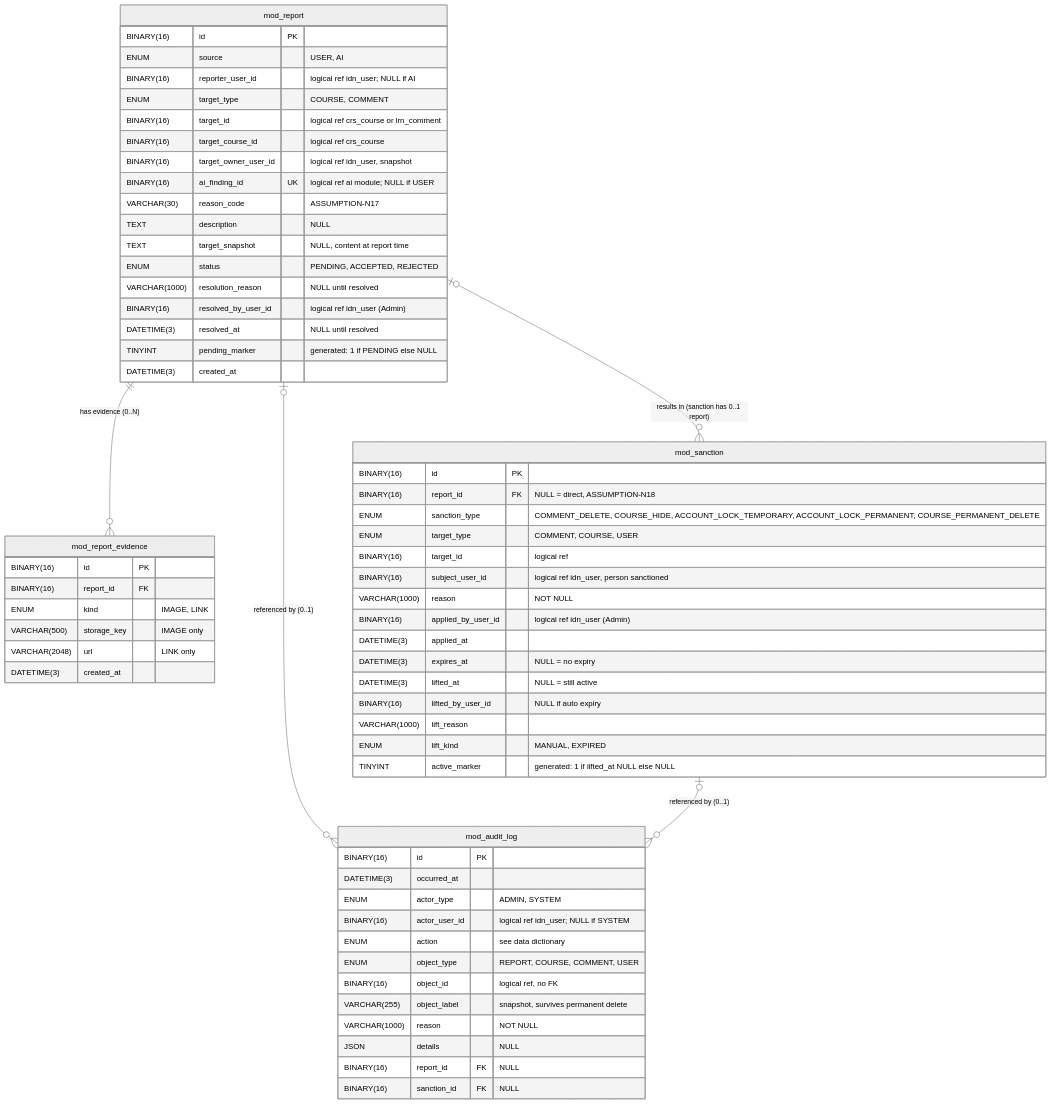
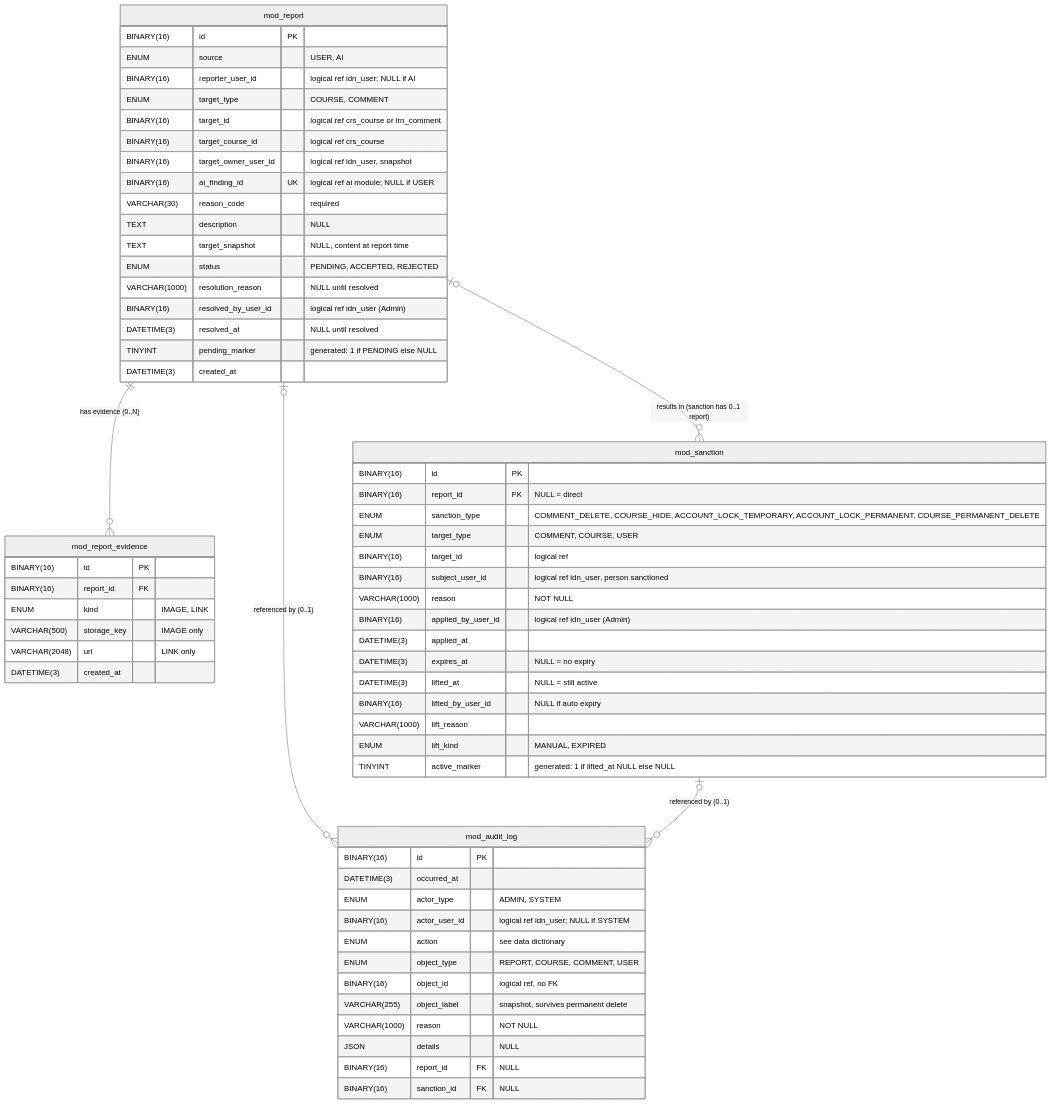
Before and after one commit to buithienbao2402/BrainMemo-ModularMonolith: the fourth of 11 diagrams in docs/THIET_KE_CSDL.md, drawn with Mermaid (neutral theme). The commit also changed other lines of this file and 1 other file, not shown here.

````diff
--- a/docs/THIET_KE_CSDL.md
+++ b/docs/THIET_KE_CSDL.md
@@ -559,66 +553,66 @@
 ```mermaid
 erDiagram
     mod_report ||--o{ mod_report_evidence : "has evidence (0..N)"
     mod_report |o--o{ mod_sanction : "results in (sanction has 0..1 report)"
     mod_report |o--o{ mod_audit_log : "referenced by (0..1)"
     mod_sanction |o--o{ mod_audit_log : "referenced by (0..1)"
 
     mod_report {
         BINARY(16) id PK
         ENUM source "USER, AI"
         BINARY(16) reporter_user_id "logical ref idn_user; NULL if AI"
         ENUM target_type "COURSE, COMMENT"
         BINARY(16) target_id "logical ref crs_course or lrn_comment"
         BINARY(16) target_course_id "logical ref crs_course"
         BINARY(16) target_owner_user_id "logical ref idn_user, snapshot"
         BINARY(16) ai_finding_id UK "logical ref ai module; NULL if USER"
-        VARCHAR(30) reason_code "ASSUMPTION-N17"
+        VARCHAR(30) reason_code "required"
         TEXT description "NULL"
         TEXT target_snapshot "NULL, content at report time"
         ENUM status "PENDING, ACCEPTED, REJECTED"
         VARCHAR(1000) resolution_reason "NULL until resolved"
         BINARY(16) resolved_by_user_id "logical ref idn_user (Admin)"
         DATETIME(3) resolved_at "NULL until resolved"
         TINYINT pending_marker "generated: 1 if PENDING else NULL"
         DATETIME(3) created_at
     }
     mod_report_evidence {
         BINARY(16) id PK
         BINARY(16) report_id FK
         ENUM kind "IMAGE, LINK"
         VARCHAR(500) storage_key "IMAGE only"
         VARCHAR(2048) url "LINK only"
         DATETIME(3) created_at
     }
     mod_sanction {
         BINARY(16) id PK
-        BINARY(16) report_id FK "NULL = direct, ASSUMPTION-N18"
+        BINARY(16) report_id FK "NULL = direct"
         ENUM sanction_type "COMMENT_DELETE, COURSE_HIDE, ACCOUNT_LOCK_TEMPORARY, ACCOUNT_LOCK_PERMANENT, COURSE_PERMANENT_DELETE"
         ENUM target_type "COMMENT, COURSE, USER"
         BINARY(16) target_id "logical ref"
         BINARY(16) subject_user_id "logical ref idn_user, person sanctioned"
         VARCHAR(1000) reason "NOT NULL"
         BINARY(16) applied_by_user_id "logical ref idn_user (Admin)"
         DATETIME(3) applied_at
         DATETIME(3) expires_at "NULL = no expiry"
         DATETIME(3) lifted_at "NULL = still active"
         BINARY(16) lifted_by_user_id "NULL if auto expiry"
         VARCHAR(1000) lift_reason
         ENUM lift_kind "MANUAL, EXPIRED"
         TINYINT active_marker "generated: 1 if lifted_at NULL else NULL"
     }
     mod_audit_log {
         BINARY(16) id PK
         DATETIME(3) occurred_at
         ENUM actor_type "ADMIN, SYSTEM"
         BINARY(16) actor_user_id "logical ref idn_user; NULL if SYSTEM"
         ENUM action "see data dictionary"
         ENUM object_type "REPORT, COURSE, COMMENT, USER"
         BINARY(16) object_id "logical ref, no FK"
         VARCHAR(255) object_label "snapshot, survives permanent delete"
         VARCHAR(1000) reason "NOT NULL"
         JSON details "NULL"
         BINARY(16) report_id FK "NULL"
         BINARY(16) sanction_id FK "NULL"
     }
 ```
````
